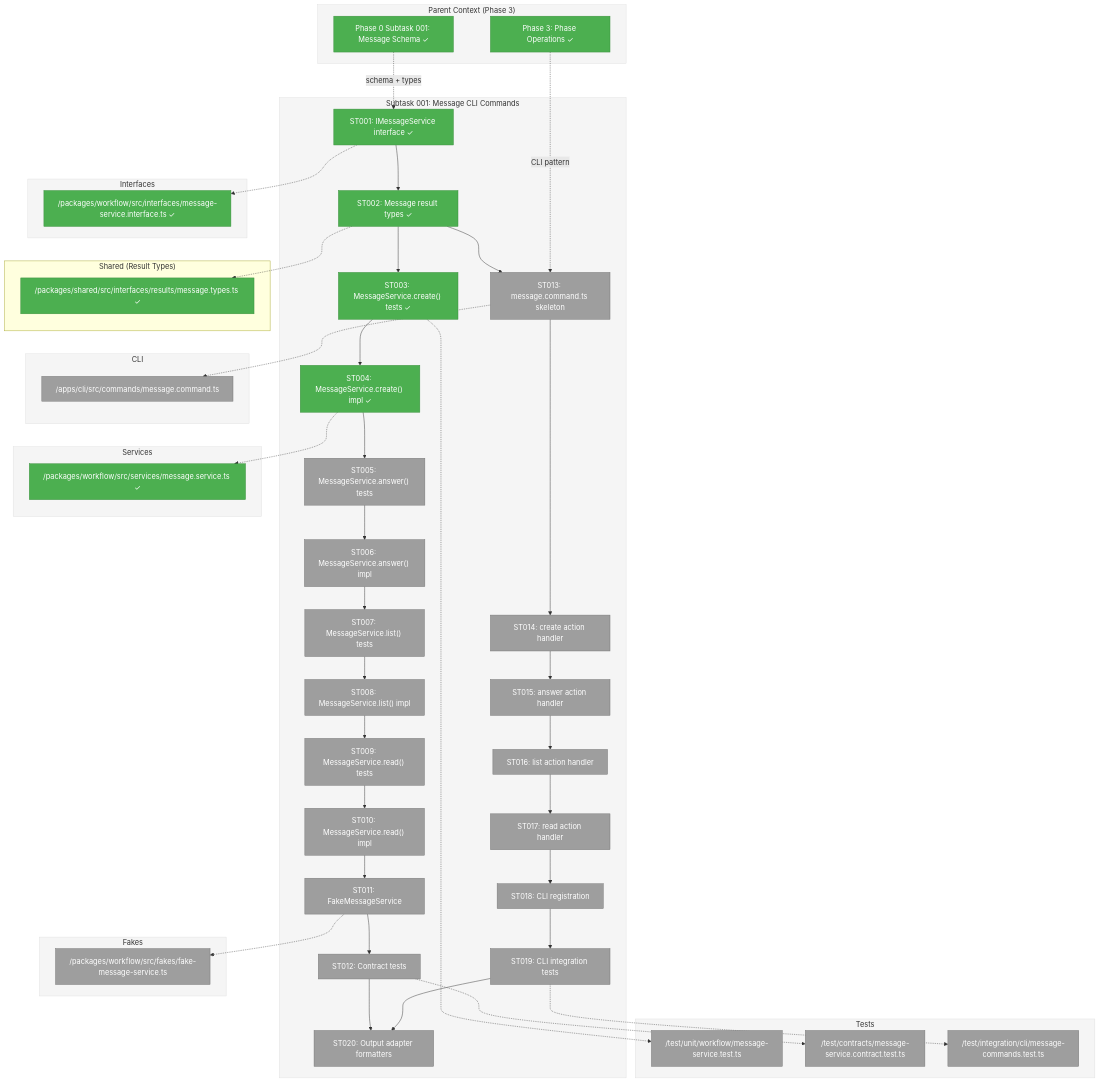
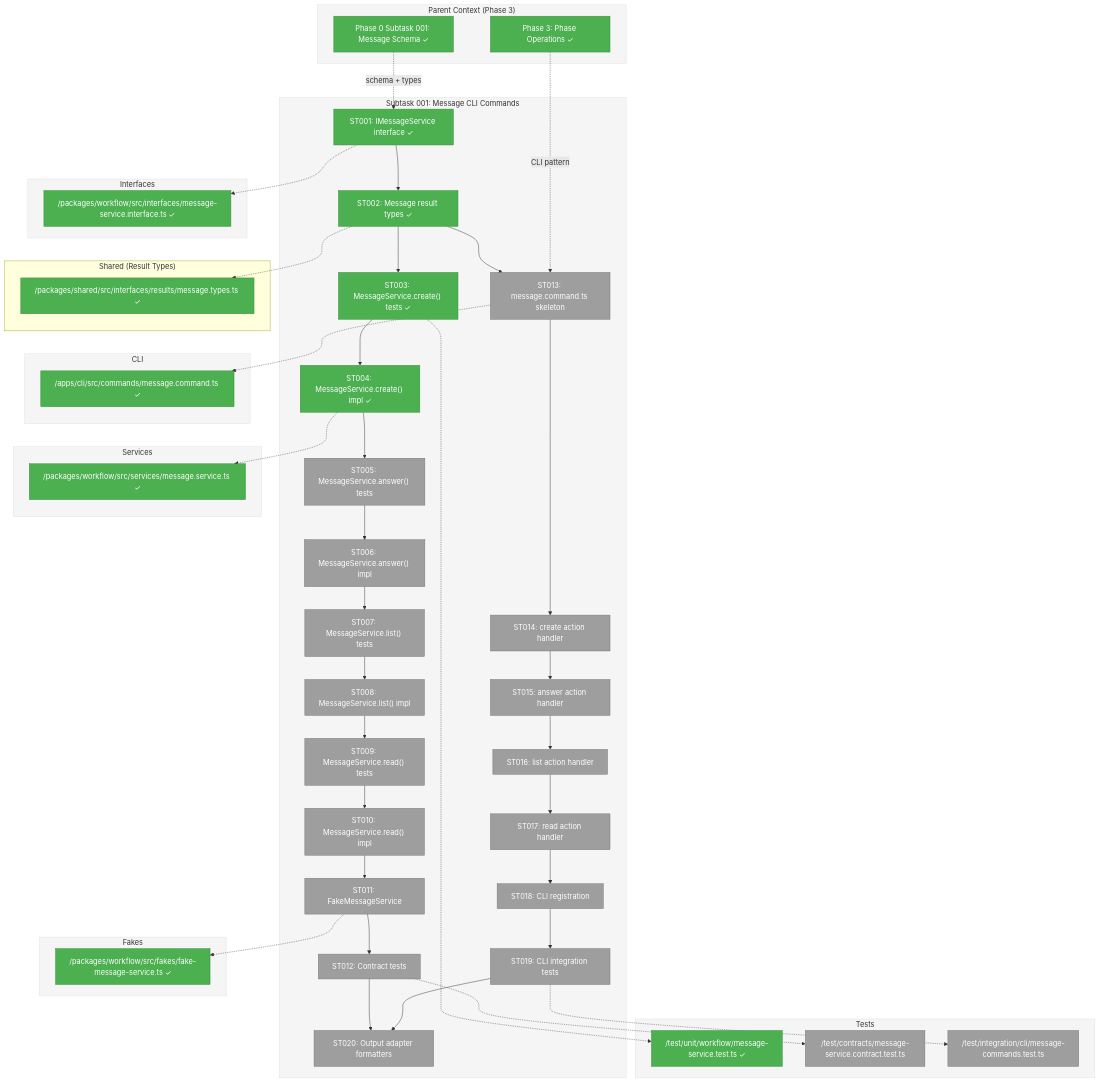
One commit to AI-Substrate/chainglass changed the first of 3 diagrams in docs/plans/003-wf-basics/tasks/phase-3-phase-operations/001-subtask-implement-message-cli-commands.md. Above: the diagram before and after it, drawn with Mermaid. The commit also changed other lines of this file and 10 other files, not shown here.

First line of the commit message:
feat(message-cli): implement ST005-ST020 message CLI commands

```diff
--- a/docs/plans/003-wf-basics/tasks/phase-3-phase-operations/001-subtask-implement-message-cli-commands.md
+++ b/docs/plans/003-wf-basics/tasks/phase-3-phase-operations/001-subtask-implement-message-cli-commands.md
@@ -206,15 +206,15 @@
     end
 
     subgraph Fakes["Fakes"]
-        F1["/packages/workflow/src/fakes/fake-message-service.ts"]:::pending
+        F1["/packages/workflow/src/fakes/fake-message-service.ts ✓"]:::completed
     end
 
     subgraph CLI["CLI"]
-        C1["/apps/cli/src/commands/message.command.ts"]:::pending
+        C1["/apps/cli/src/commands/message.command.ts ✓"]:::completed
     end
 
     subgraph Tests["Tests"]
-        UT1["/test/unit/workflow/message-service.test.ts"]:::pending
+        UT1["/test/unit/workflow/message-service.test.ts ✓"]:::completed
         CT1["/test/contracts/message-service.contract.test.ts"]:::pending
         IT1["/test/integration/cli/message-commands.test.ts"]:::pending
     end
```
